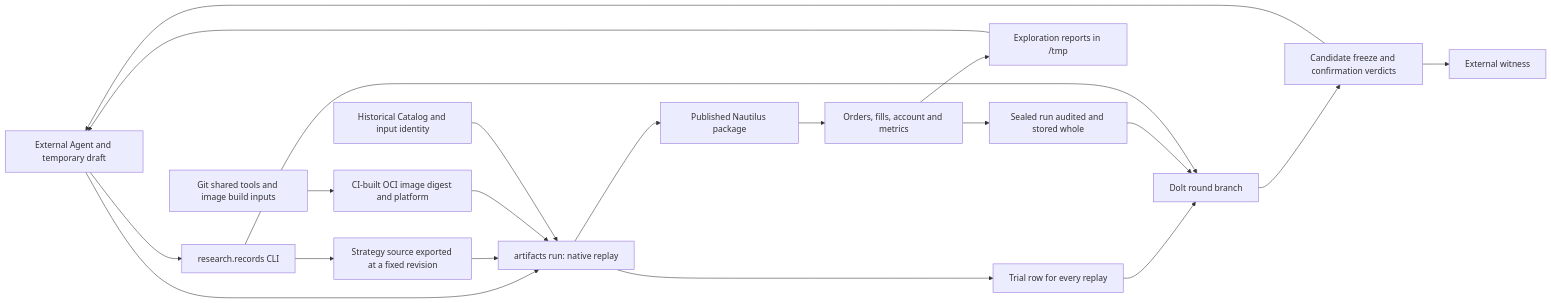
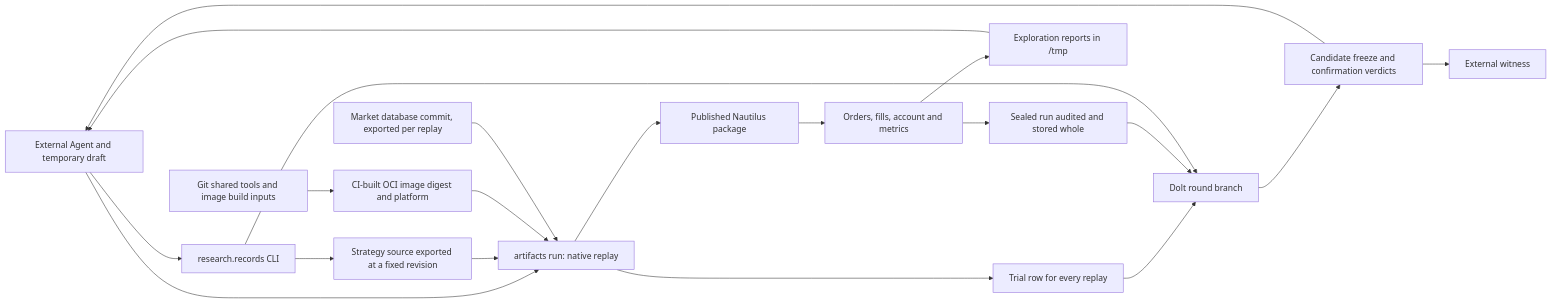
One commit to qOeOp/trade changed the diagram in docs/architecture.md. Above: the diagram before and after it, drawn with Mermaid. The commit also changed other lines of this file and 19 other files, not shown here.

First line of the commit message:
refactor(backtest)!: replay a market database commit with its pool instead of prepared catalogs

````diff
--- a/docs/architecture.md
+++ b/docs/architecture.md
@@ -18,22 +18,22 @@
 ```mermaid
 flowchart LR
   A[External Agent and temporary draft] --> Q[research.records CLI]
   Q --> S[Strategy source exported at a fixed revision]
   A --> R[artifacts run: native replay]
   S --> R
   G[Git shared tools and image build inputs] --> I[CI-built OCI image digest and platform]
   I --> R
-  D[Historical Catalog and input identity] --> R
+  D[Market database commit, exported per replay] --> R
   R --> T[Trial row for every replay]
   R --> N[Published Nautilus package]
   N --> E[Orders, fills, account and metrics]
   E --> X["Exploration reports in /tmp"]
   E --> U[Sealed run audited and stored whole]
   T --> L[Dolt round branch]
   U --> L
   Q --> L
   L --> F[Candidate freeze and confirmation verdicts]
   F --> W[External witness]
   F --> A
   X --> A
 ```
````
